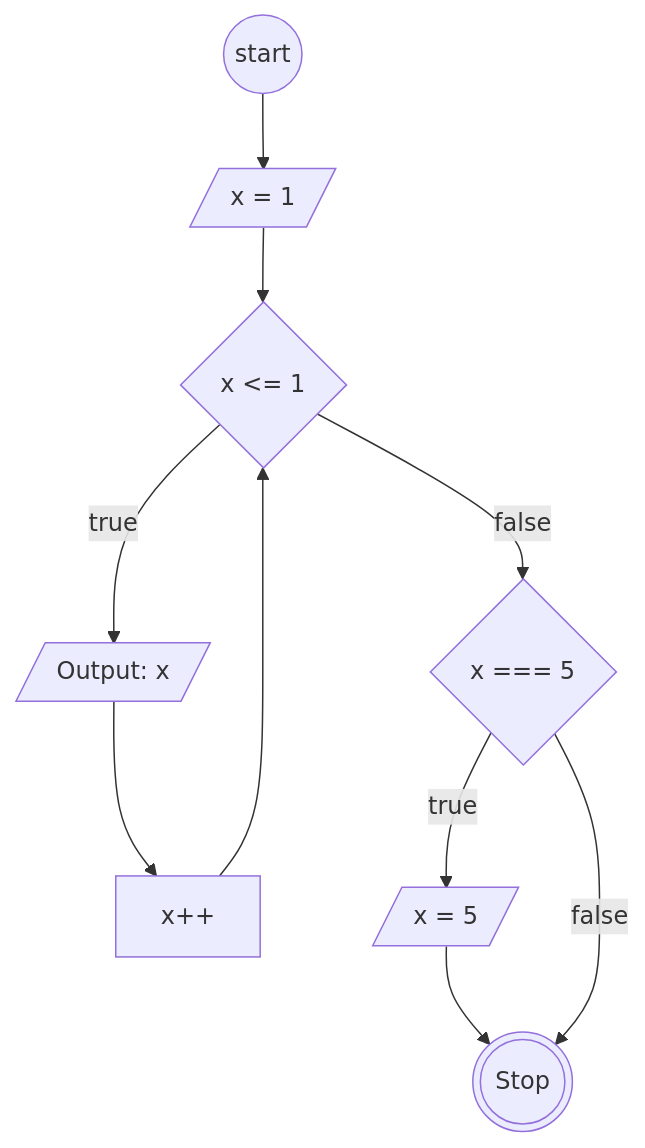
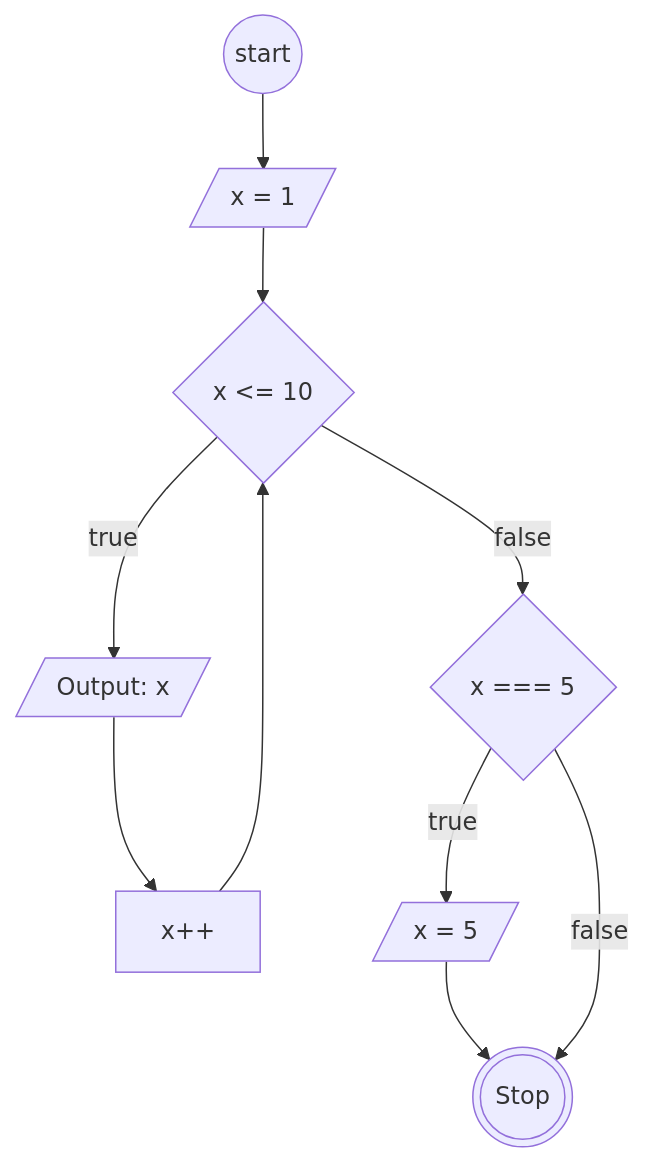
The diagram in flowchart-loop.md (AbiPasundan/koda-b6-javascript1), drawn with Mermaid before and after one commit.

````diff
--- a/flowchart-loop.md
+++ b/flowchart-loop.md
@@ -5,25 +5,25 @@
 ```mermaid
     flowchart TB
         Start@{ shape: circ, label: "start"}
 
         InitialVar@{ shape: lean-r, label: "x = 1"}
-        Condition@{ shape: diamond, label: "x <= 1"}
+        Condition@{ shape: diamond, label: "x <= 10"}
         ConditionTrue@{ shape: rect, label: "x++"}
 
         ConditionTruePrint@{ shape: lean-r, label: "Output: x"}
 
         If@{ shape: diamond, label: "x === 5"}
         IfTrue@{ shape: lean-r, label: "x = 5"}
 
 
         Stop@{ shape: dbl-circ, label: "Stop"}
 
         Start-->InitialVar-->Condition-->|true|ConditionTruePrint-->ConditionTrue
 
         Condition-->|false|If
         ConditionTrue-->Condition
 
         If-->|true|IfTrue-->Stop
         If-->|false|Stop
 
 ```
````
